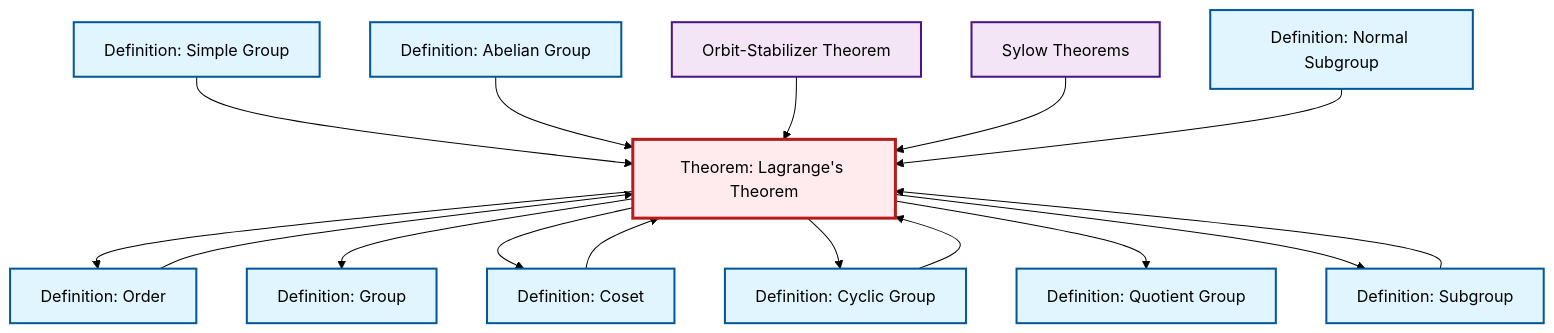
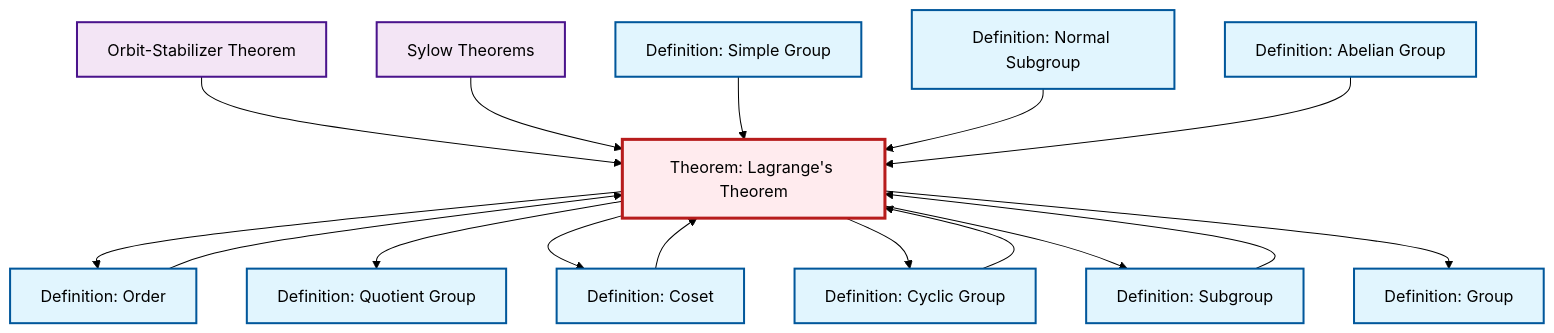
The diagram in content/ja/algebra/thm-lagrange.qmd (RK0429/ModernMath), drawn with Mermaid (forest theme) before and after one commit. The commit also changed other lines of this file and 597 other files, not shown here.

````diff
--- a/content/ja/algebra/thm-lagrange.qmd
+++ b/content/ja/algebra/thm-lagrange.qmd
@@ -55,48 +55,48 @@
 ```{mermaid}
 %%| fig-cap: "Local dependency graph"
 graph TD
     classDef definition fill:#e1f5fe,stroke:#01579b,stroke-width:2px
     classDef theorem fill:#f3e5f5,stroke:#4a148c,stroke-width:2px
     classDef axiom fill:#fff3e0,stroke:#e65100,stroke-width:2px
     classDef example fill:#e8f5e9,stroke:#1b5e20,stroke-width:2px
     classDef current fill:#ffebee,stroke:#b71c1c,stroke-width:3px
+    thm-lagrange["Theorem: Lagrange's Theorem"]:::theorem
+    def-order["Definition: Order"]:::definition
+    def-cyclic-group["Definition: Cyclic Group"]:::definition
     def-simple-group["Definition: Simple Group"]:::definition
-    def-subgroup["Definition: Subgroup"]:::definition
     thm-sylow["Sylow Theorems"]:::theorem
-    def-order["Definition: Order"]:::definition
+    def-coset["Definition: Coset"]:::definition
     thm-orbit-stabilizer["Orbit-Stabilizer Theorem"]:::theorem
     def-quotient-group["Definition: Quotient Group"]:::definition
-    thm-lagrange["Theorem: Lagrange's Theorem"]:::theorem
+    def-normal-subgroup["Definition: Normal Subgroup"]:::definition
     def-abelian-group["Definition: Abelian Group"]:::definition
-    def-coset["Definition: Coset"]:::definition
-    def-cyclic-group["Definition: Cyclic Group"]:::definition
+    def-subgroup["Definition: Subgroup"]:::definition
     def-group["Definition: Group"]:::definition
-    def-normal-subgroup["Definition: Normal Subgroup"]:::definition
+    thm-orbit-stabilizer --> thm-lagrange
+    thm-lagrange --> def-order
+    def-coset --> thm-lagrange
+    thm-lagrange --> def-quotient-group
+    thm-sylow --> thm-lagrange
+    thm-lagrange --> def-coset
+    thm-lagrange --> def-cyclic-group
+    def-cyclic-group --> thm-lagrange
+    def-order --> thm-lagrange
     def-simple-group --> thm-lagrange
-    thm-lagrange --> def-order
+    thm-lagrange --> def-subgroup
+    def-normal-subgroup --> thm-lagrange
     def-abelian-group --> thm-lagrange
-    def-order --> thm-lagrange
+    def-subgroup --> thm-lagrange
     thm-lagrange --> def-group
-    thm-orbit-stabilizer --> thm-lagrange
-    thm-lagrange --> def-coset
-    thm-sylow --> thm-lagrange
-    def-coset --> thm-lagrange
-    def-cyclic-group --> thm-lagrange
-    def-normal-subgroup --> thm-lagrange
-    thm-lagrange --> def-cyclic-group
-    def-subgroup --> thm-lagrange
-    thm-lagrange --> def-quotient-group
-    thm-lagrange --> def-subgroup
     class thm-lagrange current
+    click def-order "def-order.html" "Definition: Orderへ"
+    click def-cyclic-group "def-cyclic-group.html" "Definition: Cyclic Groupへ"
     click def-simple-group "def-simple-group.html" "Definition: Simple Groupへ"
-    click def-subgroup "def-subgroup.html" "Definition: Subgroupへ"
     click thm-sylow "thm-sylow.html" "Sylow Theoremsへ"
-    click def-order "def-order.html" "Definition: Orderへ"
+    click def-coset "def-coset.html" "Definition: Cosetへ"
     click thm-orbit-stabilizer "thm-orbit-stabilizer.html" "Orbit-Stabilizer Theoremへ"
     click def-quotient-group "def-quotient-group.html" "Definition: Quotient Groupへ"
+    click def-normal-subgroup "def-normal-subgroup.html" "Definition: Normal Subgroupへ"
     click def-abelian-group "def-abelian-group.html" "Definition: Abelian Groupへ"
-    click def-coset "def-coset.html" "Definition: Cosetへ"
-    click def-cyclic-group "def-cyclic-group.html" "Definition: Cyclic Groupへ"
+    click def-subgroup "def-subgroup.html" "Definition: Subgroupへ"
     click def-group "def-group.html" "Definition: Groupへ"
-    click def-normal-subgroup "def-normal-subgroup.html" "Definition: Normal Subgroupへ"
 ```
````
